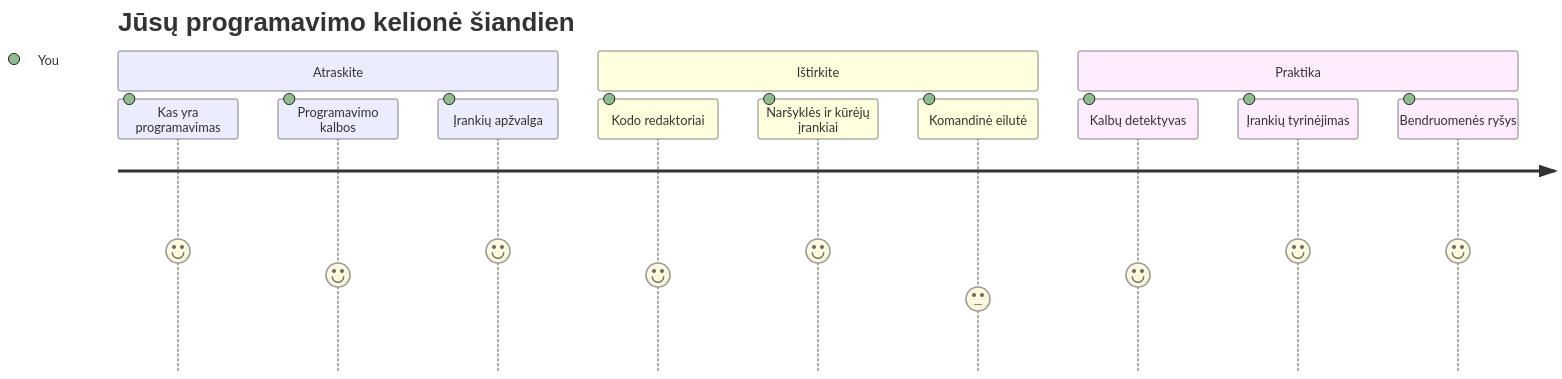
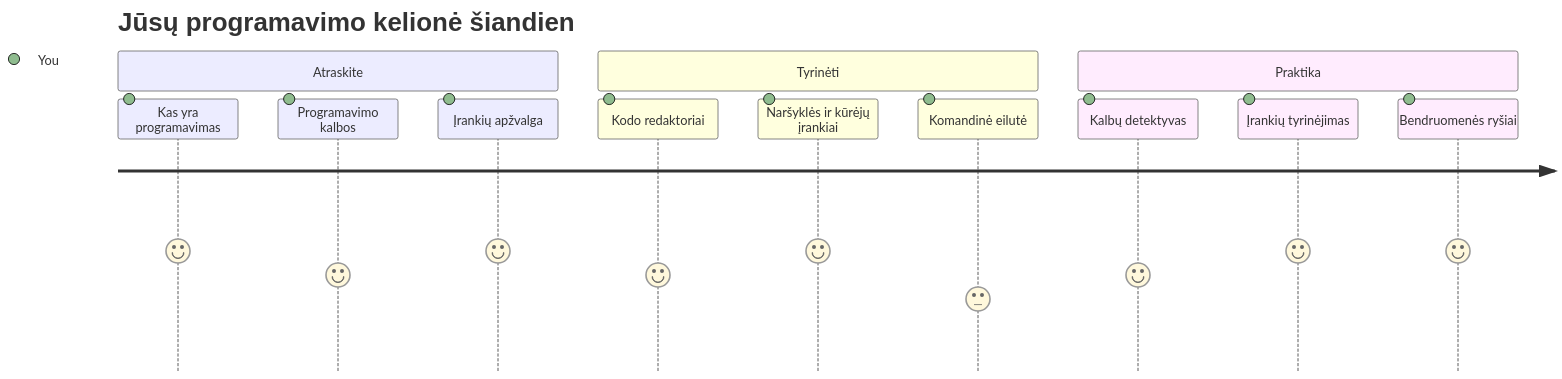
Before and after one commit to microsoft/Web-Dev-For-Beginners: the first of 7 diagrams in translations/lt/1-getting-started-lessons/1-intro-to-programming-languages/README.md, drawn with Mermaid. The commit also changed other lines of this file and 8 other files, not shown here.

````diff
--- a/translations/lt/1-getting-started-lessons/1-intro-to-programming-languages/README.md
+++ b/translations/lt/1-getting-started-lessons/1-intro-to-programming-languages/README.md
@@ -14,16 +14,16 @@
 ```mermaid
 journey
     title Jūsų programavimo kelionė šiandien
     section Atraskite
       Kas yra programavimas: 5: You
       Programavimo kalbos: 4: You
       Įrankių apžvalga: 5: You
-    section Ištirkite
+    section Tyrinėti
       Kodo redaktoriai: 4: You
       Naršyklės ir kūrėjų įrankiai: 5: You
       Komandinė eilutė: 3: You
     section Praktika
       Kalbų detektyvas: 4: You
       Įrankių tyrinėjimas: 5: You
-      Bendruomenės ryšys: 5: You
+      Bendruomenės ryšiai: 5: You
 ```
````
